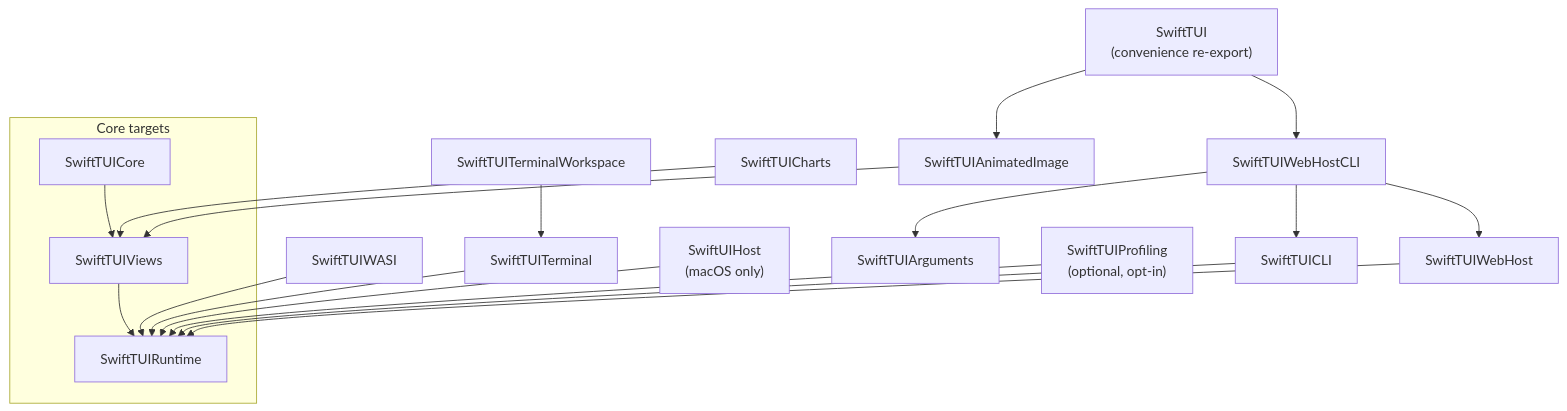
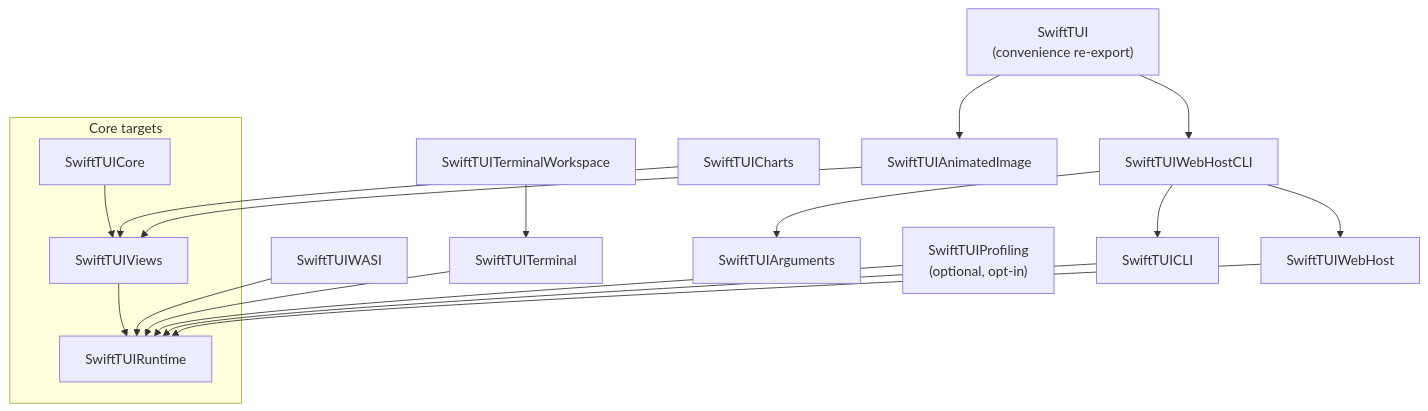
One commit to SwiftTUI/swift-tui changed the second of 2 diagrams in docs/ARCHITECTURE.md. Above: the diagram before and after it, drawn with Mermaid. The commit also changed other lines of this file and 64 other files, not shown here.

First line of the commit message:
refactor: extract SwiftUIHost into the swift-tui-swiftui package

````diff
--- a/docs/ARCHITECTURE.md
+++ b/docs/ARCHITECTURE.md
@@ -42,28 +42,27 @@
 ```mermaid
 flowchart TD
     subgraph engine["Core targets"]
         SwiftTUICore
         SwiftTUIViews
         SwiftTUIRuntime
     end
     SwiftTUICore --> SwiftTUIViews
     SwiftTUIViews --> SwiftTUIRuntime
 
     SwiftTUIArguments
     SwiftTUICLI --> SwiftTUIRuntime
     SwiftTUI["SwiftTUI<br/>(convenience re-export)"]
     SwiftTUI --> SwiftTUIWebHostCLI
     SwiftTUI --> SwiftTUIAnimatedImage
 
     SwiftTUIWASI --> SwiftTUIRuntime
     SwiftTUIWebHost --> SwiftTUIRuntime
     SwiftTUIWebHostCLI --> SwiftTUIWebHost
     SwiftTUIWebHostCLI --> SwiftTUICLI
     SwiftTUIWebHostCLI --> SwiftTUIArguments
-    SwiftUIHost["SwiftUIHost<br/>(macOS only)"] --> SwiftTUIRuntime
     SwiftTUITerminal --> SwiftTUIRuntime
     SwiftTUITerminalWorkspace --> SwiftTUITerminal
     SwiftTUICharts --> SwiftTUIViews
     SwiftTUIAnimatedImage --> SwiftTUIViews
     SwiftTUIProfiling["SwiftTUIProfiling<br/>(optional, opt-in)"] --> SwiftTUIRuntime
 ```
````
